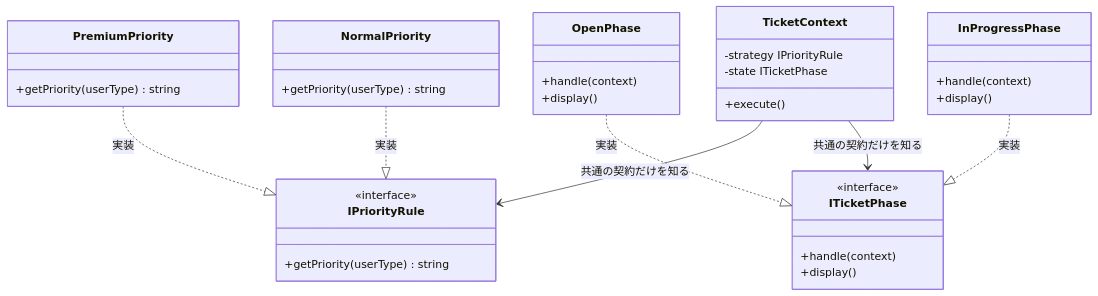
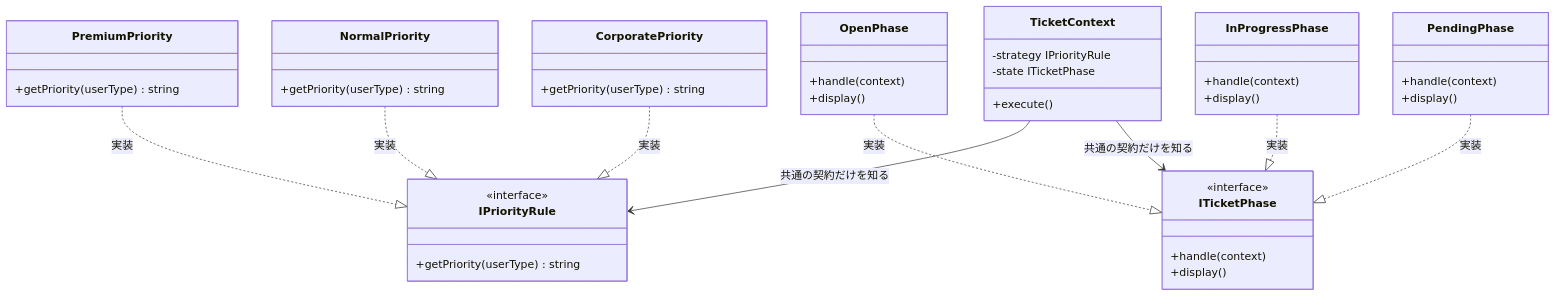
Before and after one commit to kumachan1101-pixel/DesignPattern: the tenth of 16 diagrams in kindle/design-patterns/output/chapter09_2.md, drawn with Mermaid. The commit also changed other lines of this file and 15 other files, not shown here.

````diff
--- a/kindle/design-patterns/output/chapter09_2.md
+++ b/kindle/design-patterns/output/chapter09_2.md
@@ -1129,37 +1169,46 @@
 ```mermaid
 classDiagram
     class IPriorityRule {
         <<interface>>
         +getPriority(userType) string
     }
     class ITicketPhase {
         <<interface>>
         +handle(context)
         +display()
     }
     class TicketContext {
         -strategy IPriorityRule
         -state ITicketPhase
         +execute()
     }
     class PremiumPriority {
         +getPriority(userType) string
     }
     class NormalPriority {
         +getPriority(userType) string
     }
+    class CorporatePriority {
+        +getPriority(userType) string
+    }
     class OpenPhase {
         +handle(context)
         +display()
     }
     class InProgressPhase {
         +handle(context)
         +display()
     }
+    class PendingPhase {
+        +handle(context)
+        +display()
+    }
     PremiumPriority ..|> IPriorityRule : 実装
     NormalPriority ..|> IPriorityRule : 実装
+    CorporatePriority ..|> IPriorityRule : 実装
     OpenPhase ..|> ITicketPhase : 実装
     InProgressPhase ..|> ITicketPhase : 実装
+    PendingPhase ..|> ITicketPhase : 実装
     TicketContext --> IPriorityRule : 共通の契約だけを知る
     TicketContext --> ITicketPhase : 共通の契約だけを知る
 ```
````
